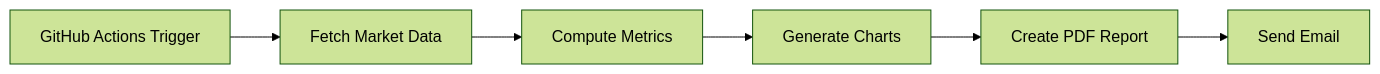
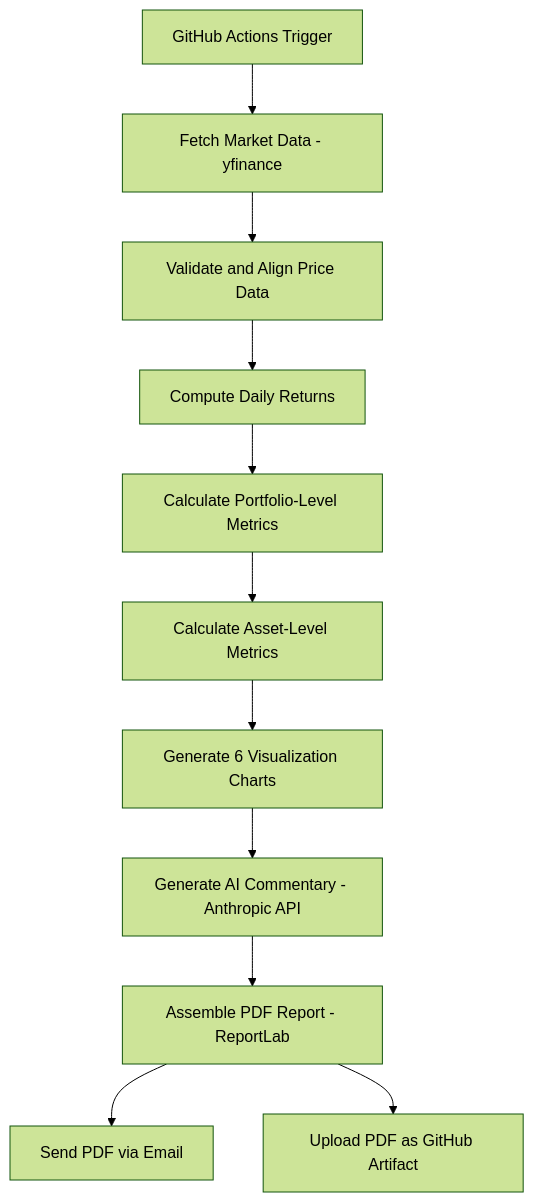
The diagram in ReadMe.md (NK-Mikey/Automated-Financial-Pipeline-Report), drawn with Mermaid (forest theme) before and after one commit. The commit also changed other lines of this file, not shown here.

Commit message:
Revise ReadMe with AI commentary feature

````diff
--- a/ReadMe.md
+++ b/ReadMe.md
@@ -57,8 +59,13 @@
 ```mermaid
-flowchart LR
-    A[GitHub Actions Trigger] --> B[Fetch Market Data]
-    B --> C[Compute Metrics]
-    C --> D[Generate Charts]
-    D --> E[Create PDF Report]
-    E --> F[Send Email]
+flowchart TD
+    A[GitHub Actions Trigger] --> B[Fetch Market Data - yfinance]
+    B --> C[Validate and Align Price Data]
+    C --> D[Compute Daily Returns]
+    D --> E[Calculate Portfolio-Level Metrics]
+    E --> F[Calculate Asset-Level Metrics]
+    F --> G[Generate 6 Visualization Charts]
+    G --> H[Generate AI Commentary - Anthropic API]
+    H --> I[Assemble PDF Report - ReportLab]
+    I --> J[Send PDF via Email]
+    I --> K[Upload PDF as GitHub Artifact]
 ```
````
